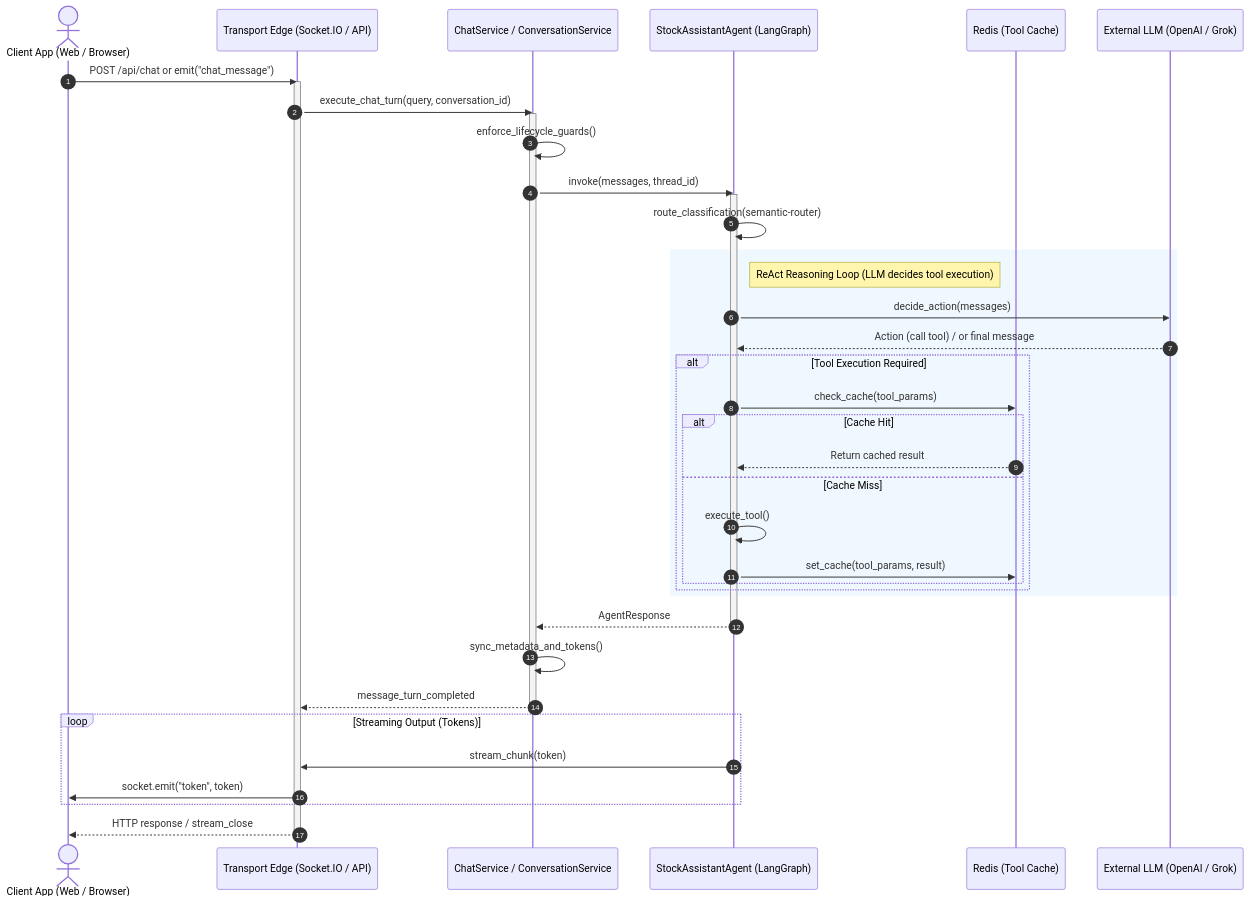
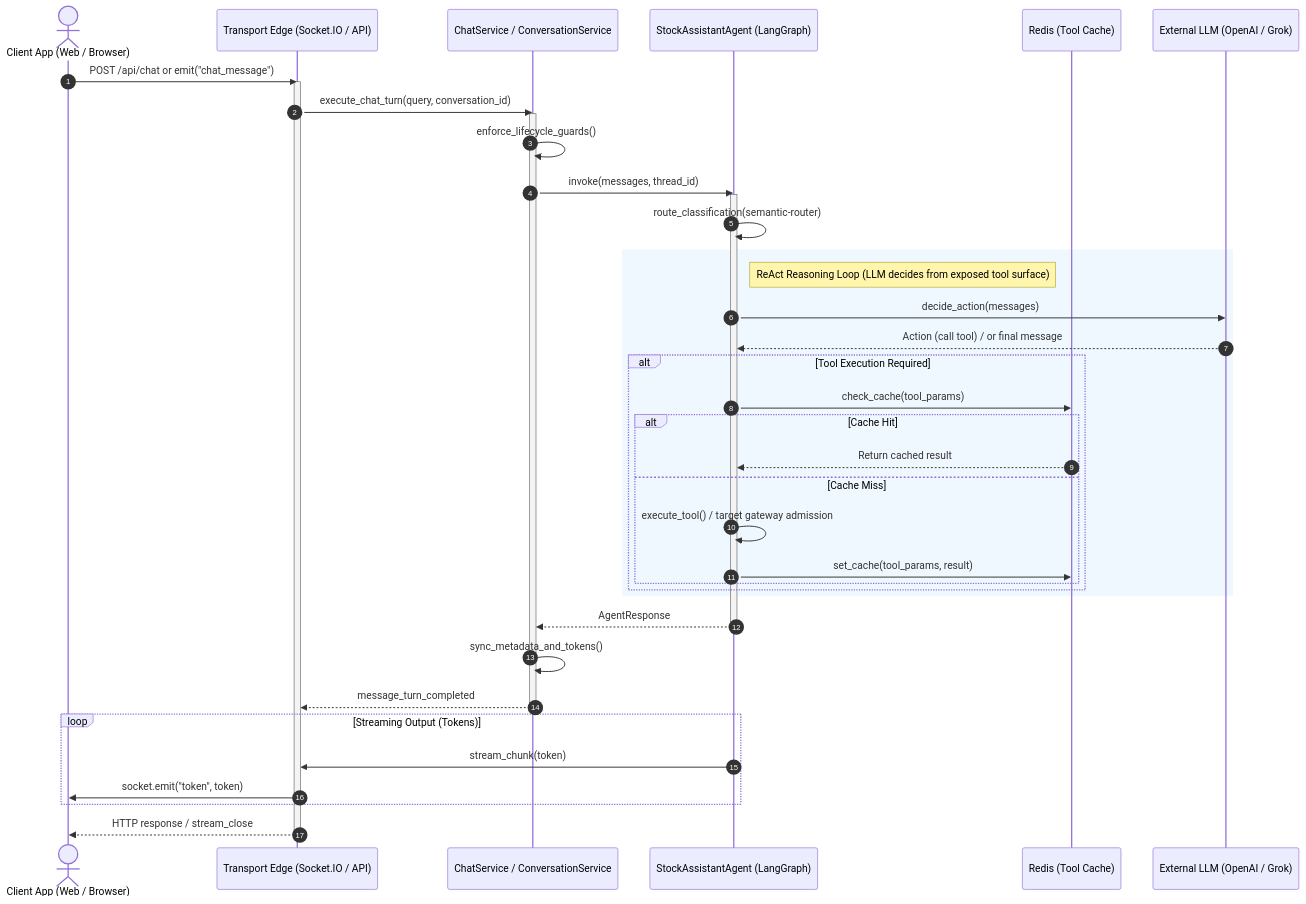
The seventh of 18 diagrams in docs/domains/agent/ARCHITECTURE_DESIGN.md (d-dragon/dp-stock-investment-assistant), drawn with Mermaid before and after one commit. The commit also changed other lines of this file and 5 other files, not shown here.

First line of the commit message:
docs(agent): formalize the Phase 2B tool-system decision and propagate its architecture and traceability across the agent domain docs.

````diff
--- a/docs/domains/agent/ARCHITECTURE_DESIGN.md
+++ b/docs/domains/agent/ARCHITECTURE_DESIGN.md
@@ -517,48 +565,48 @@
 ```mermaid
 sequenceDiagram
     autonumber
     actor Client as Client App (Web / Browser)
     participant Transport as Transport Edge (Socket.IO / API)
     participant Service as ChatService / ConversationService
     participant Agent as StockAssistantAgent (LangGraph)
     participant Cache as Redis (Tool Cache)
     participant LLM as External LLM (OpenAI / Grok)
 
     Client->>Transport: POST /api/chat or emit("chat_message")
     activate Transport
     Transport->>Service: execute_chat_turn(query, conversation_id)
     activate Service
     Service->>Service: enforce_lifecycle_guards()
     Service->>Agent: invoke(messages, thread_id)
     activate Agent
     Agent->>Agent: route_classification(semantic-router)
-    
+
     rect rgb(240, 248, 255)
-        note right of Agent: ReAct Reasoning Loop (LLM decides tool execution)
+        note right of Agent: ReAct Reasoning Loop (LLM decides from exposed tool surface)
         Agent->>LLM: decide_action(messages)
         LLM-->>Agent: Action (call tool) / or final message
         alt Tool Execution Required
             Agent->>Cache: check_cache(tool_params)
             alt Cache Hit
                 Cache-->>Agent: Return cached result
             else Cache Miss
-                Agent->>Agent: execute_tool()
+                Agent->>Agent: execute_tool() / target gateway admission
                 Agent->>Cache: set_cache(tool_params, result)
             end
         end
     end
 
     Agent-->>Service: AgentResponse
     deactivate Agent
     Service->>Service: sync_metadata_and_tokens()
     Service-->>Transport: message_turn_completed
     deactivate Service
-    
+
     loop Streaming Output (Tokens)
         Agent->>Transport: stream_chunk(token)
         Transport->>Client: socket.emit("token", token)
     end
-    
+
     Transport-->>Client: HTTP response / stream_close
     deactivate Transport
 ```
````
